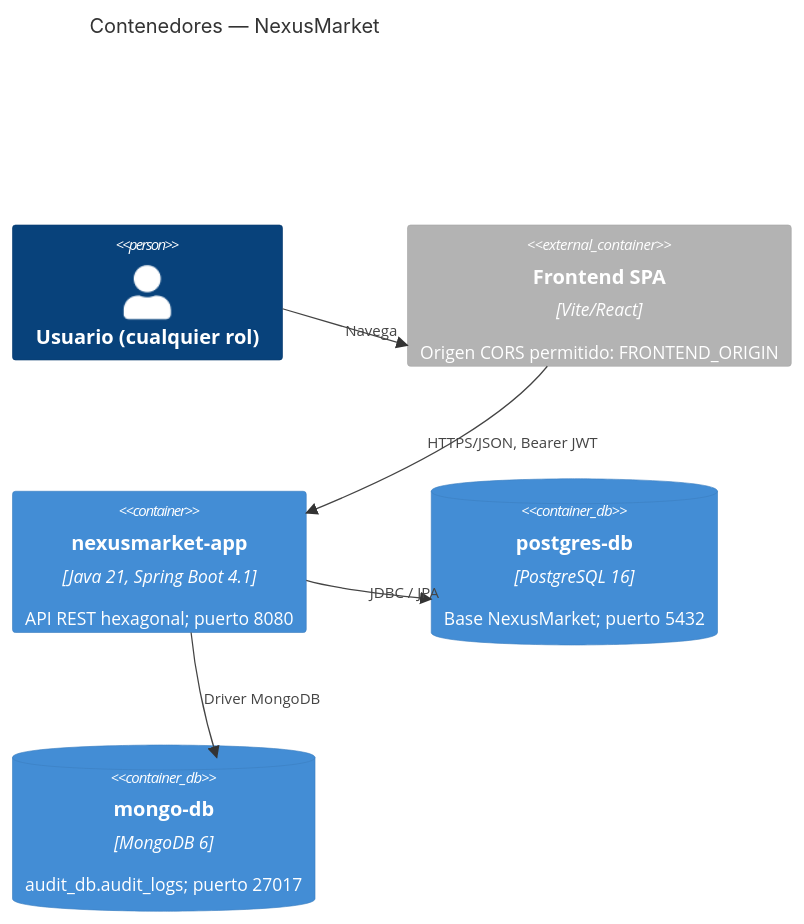
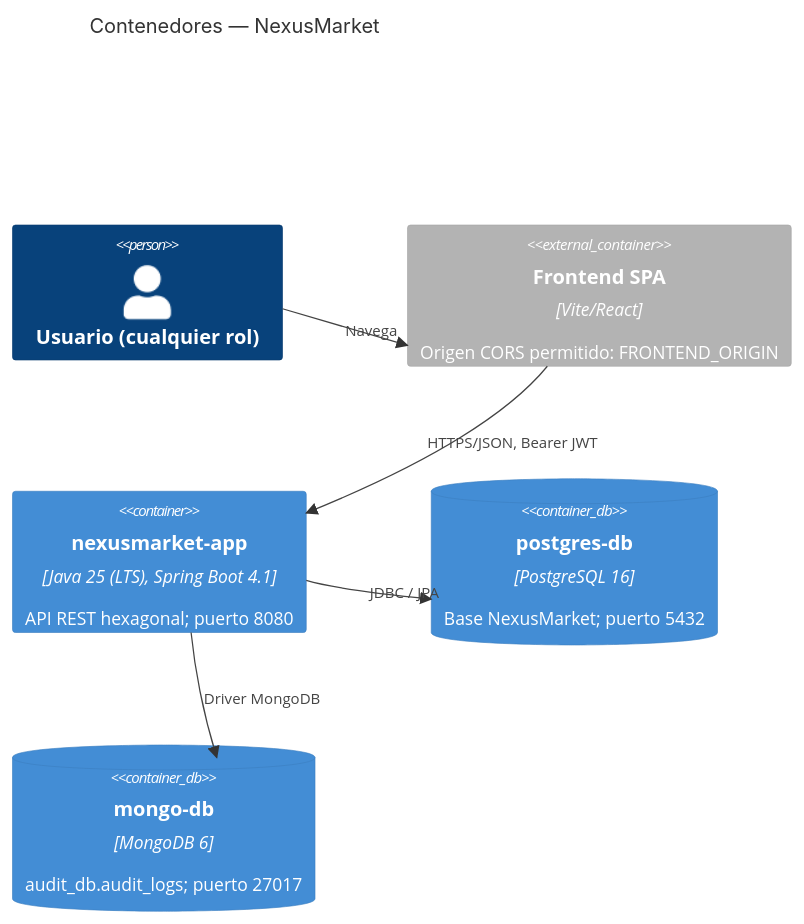
One commit to dsionmzo-ctr/nexusmarket-projet changed the diagram in SDD/C4/02-nivel-2-contenedores.md. Above: the diagram before and after it, drawn with Mermaid. The commit also changed other lines of this file and 11 other files, not shown here.

````diff
--- a/SDD/C4/02-nivel-2-contenedores.md
+++ b/SDD/C4/02-nivel-2-contenedores.md
@@ -9,15 +9,15 @@
 ```mermaid
 C4Container
     title Contenedores — NexusMarket
 
     Person(usuario, "Usuario (cualquier rol)")
     Container_Ext(spa, "Frontend SPA", "Vite/React", "Origen CORS permitido: FRONTEND_ORIGIN")
-    Container(app, "nexusmarket-app", "Java 21, Spring Boot 4.1", "API REST hexagonal; puerto 8080")
+    Container(app, "nexusmarket-app", "Java 25 (LTS), Spring Boot 4.1", "API REST hexagonal; puerto 8080")
     ContainerDb(pg, "postgres-db", "PostgreSQL 16", "Base NexusMarket; puerto 5432")
     ContainerDb(mongo, "mongo-db", "MongoDB 6", "audit_db.audit_logs; puerto 27017")
 
     Rel(usuario, spa, "Navega")
     Rel(spa, app, "HTTPS/JSON, Bearer JWT")
     Rel(app, pg, "JDBC / JPA")
     Rel(app, mongo, "Driver MongoDB")
 ```
````
